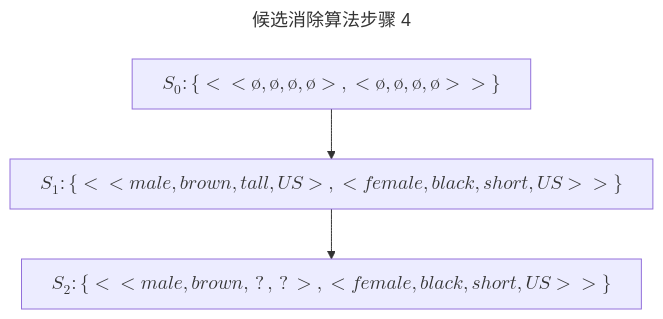
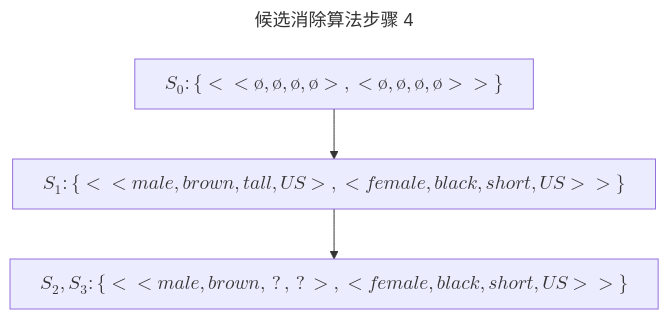
One commit to Jeff-Tian/ml changed the fourth of 8 diagrams in src/posts/第二章 概念学习和一般到特殊序/2.5.md. Above: the diagram before and after it, drawn with Mermaid. The commit also changed other lines of this file, not shown here.

````diff
--- a/src/posts/第二章 概念学习和一般到特殊序/2.5.md
+++ b/src/posts/第二章 概念学习和一般到特殊序/2.5.md
@@ -87,9 +93,9 @@
     ```mermaid
     ---
     title: 候选消除算法步骤 4
     ---
     graph TD
         s0[$$S_0: \lbrace \lt \lt ø, ø, ø, ø \gt, \lt ø, ø, ø, ø\gt \gt \rbrace $$]-->
         s1[$$S_1: \lbrace \lt \lt male,brown,tall,US\gt, \lt female,black,short,US\gt \gt \rbrace$$]-->
-        s2[$$S_2: \lbrace \lt \lt male,brown,?,? \gt, \lt female,black,short,US \gt \gt \rbrace$$]
+        s2[$$S_2, S_3: \lbrace \lt \lt male,brown,?,? \gt, \lt female,black,short,US \gt \gt \rbrace$$]
     ```
````
